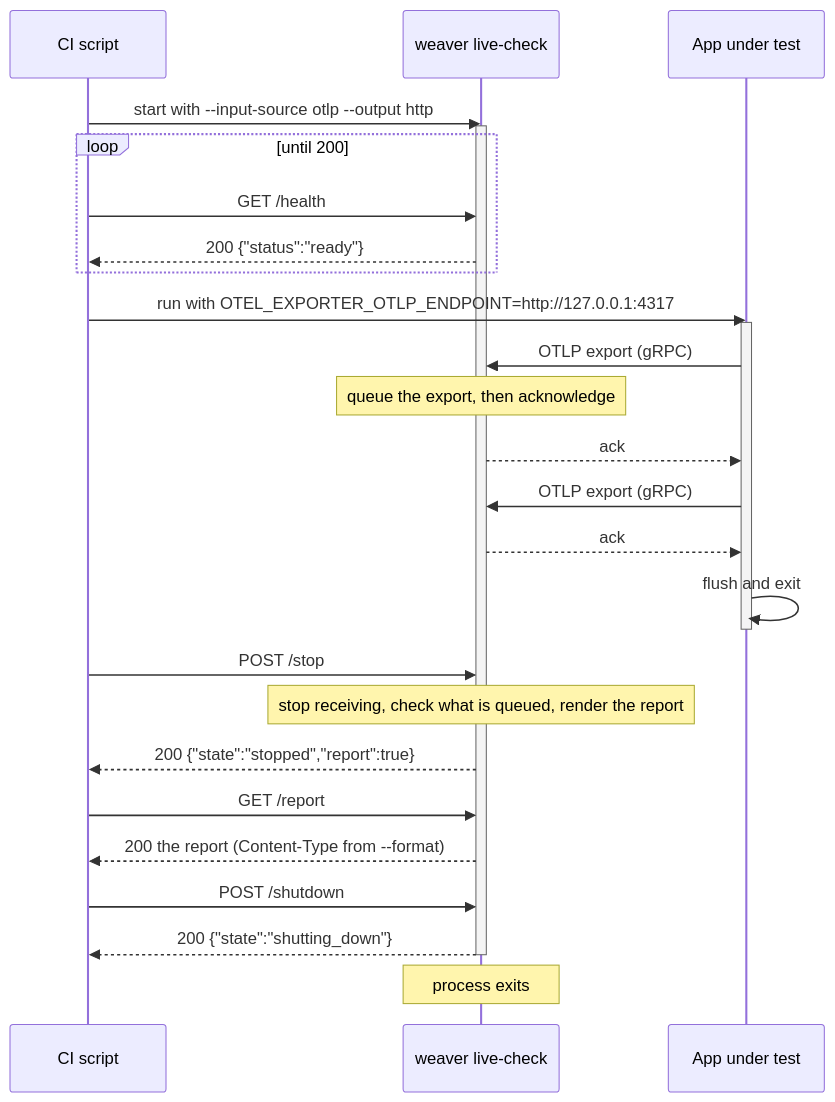
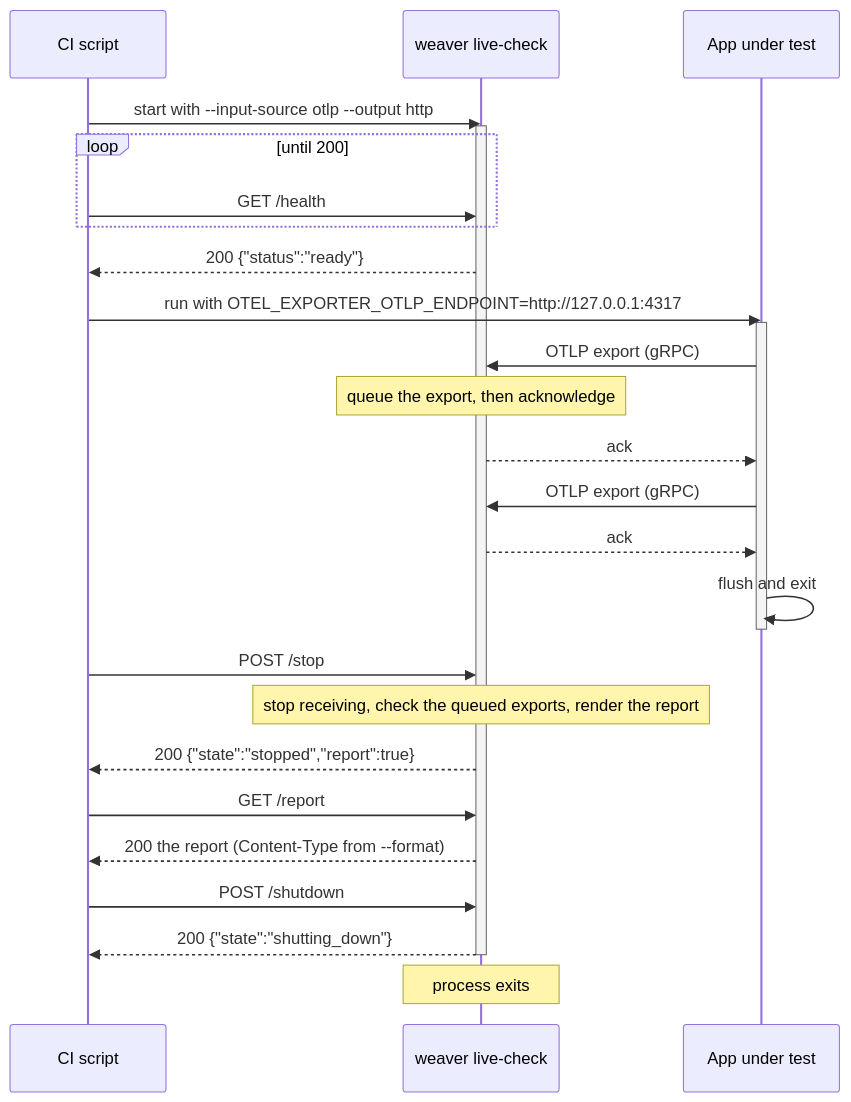
Before and after one commit to open-telemetry/weaver: the diagram in crates/weaver_live_check/docs/http-api.md, drawn with Mermaid. The commit also changed other lines of this file and 2 other files, not shown here.

````diff
--- a/crates/weaver_live_check/docs/http-api.md
+++ b/crates/weaver_live_check/docs/http-api.md
@@ -10,35 +10,35 @@
 ```mermaid
 sequenceDiagram
     participant CI as CI script
     participant W as weaver live-check
     participant App as App under test
 
     CI->>W: start with --input-source otlp --output http
     activate W
     loop until 200
         CI->>W: GET /health
-        W-->>CI: 200 {"status":"ready"}
     end
+    W-->>CI: 200 {"status":"ready"}
 
     CI->>App: run with OTEL_EXPORTER_OTLP_ENDPOINT=http://127.0.0.1:4317
     activate App
     App->>W: OTLP export (gRPC)
     Note over W: queue the export, then acknowledge
     W-->>App: ack
     App->>W: OTLP export (gRPC)
     W-->>App: ack
     App->>App: flush and exit
     deactivate App
 
     CI->>W: POST /stop
-    Note over W: stop receiving, check what is queued, render the report
+    Note over W: stop receiving, check the queued exports, render the report
     W-->>CI: 200 {"state":"stopped","report":true}
 
     CI->>W: GET /report
     W-->>CI: 200 the report (Content-Type from --format)
 
     CI->>W: POST /shutdown
     W-->>CI: 200 {"state":"shutting_down"}
     deactivate W
     Note over W: process exits
 ```
````
